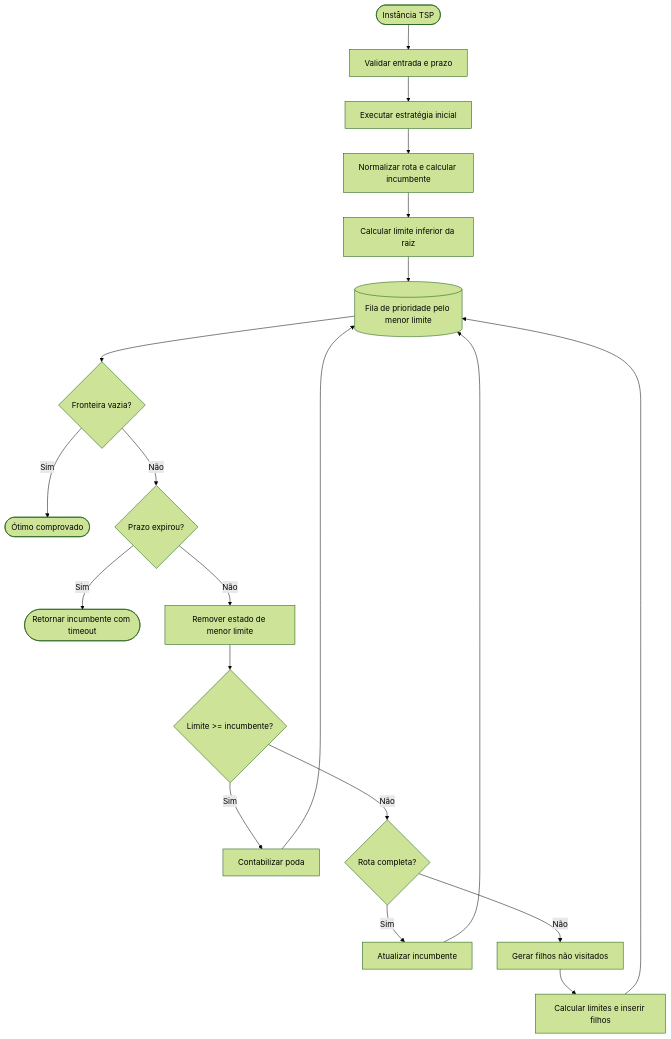
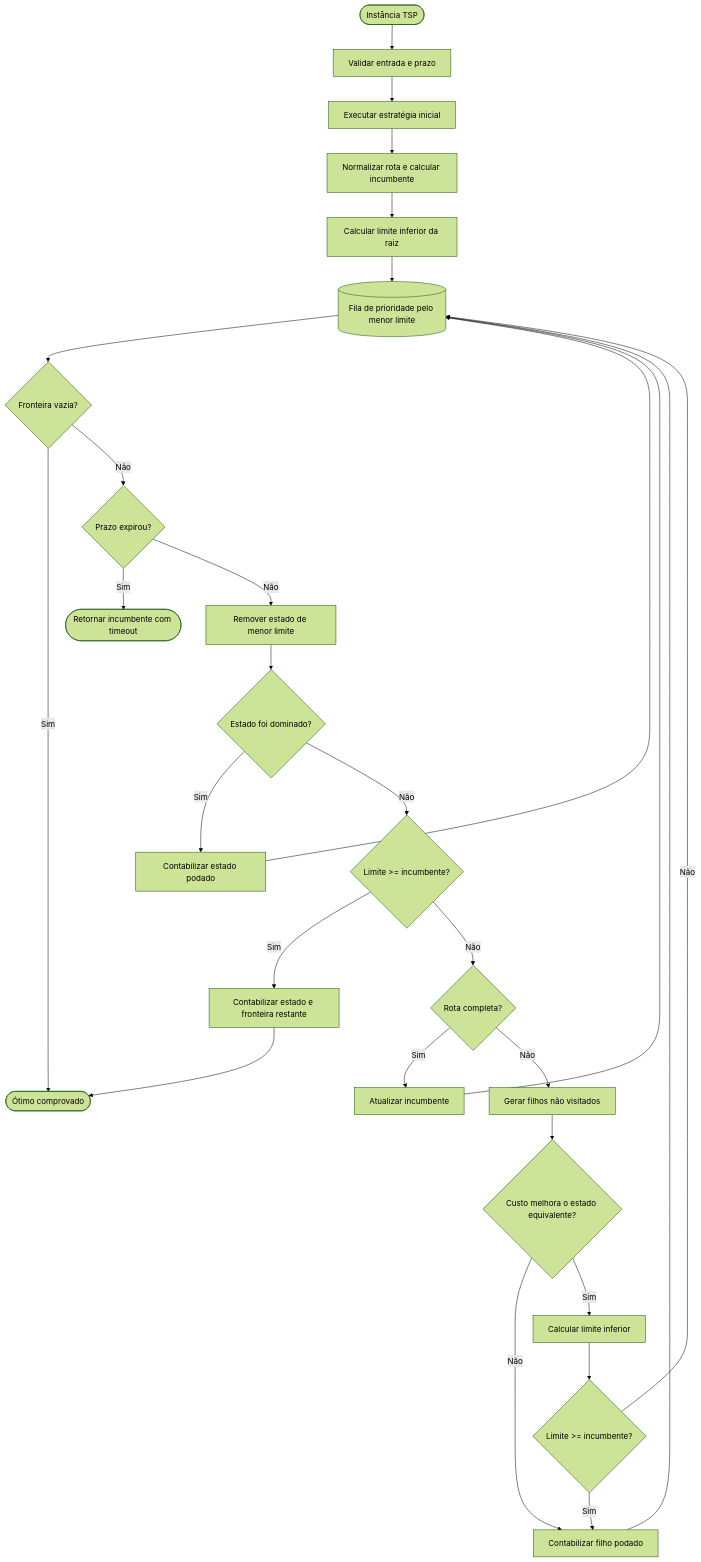
One commit to ChrystianMelo/TravelingSalesmanOptimization changed diagram 11 of 12 in docs/architecture.md. Above: the diagram before and after it, drawn with Mermaid (forest theme). The commit also changed other lines of this file and 32 other files, not shown here.

Commit message:
Expand generated architecture and strategy documentation.

````diff
--- a/docs/architecture.md
+++ b/docs/architecture.md
@@ -268,22 +355,30 @@
 ```mermaid
 flowchart TD
   start([Instância TSP]) --> validate[Validar entrada e prazo]
   validate --> warm[Executar estratégia inicial]
   warm --> incumbent[Normalizar rota e calcular incumbente]
   incumbent --> root[Calcular limite inferior da raiz]
   root --> queue[(Fila de prioridade pelo menor limite)]
   queue --> empty{Fronteira vazia?}
   empty -- Sim --> optimal([Ótimo comprovado])
   empty -- Não --> deadline{Prazo expirou?}
   deadline -- Sim --> timeout([Retornar incumbente com timeout])
   deadline -- Não --> pop[Remover estado de menor limite]
-  pop --> prune{Limite >= incumbente?}
-  prune -- Sim --> count_pruned[Contabilizar poda]
+  pop --> stale{Estado foi dominado?}
+  stale -- Sim --> count_pruned[Contabilizar estado podado]
+  stale -- Não --> prune{Limite >= incumbente?}
+  prune -- Sim --> count_frontier[Contabilizar estado e fronteira restante]
+  count_frontier --> optimal
   count_pruned --> queue
   prune -- Não --> complete{Rota completa?}
   complete -- Sim --> improve[Atualizar incumbente]
   improve --> queue
   complete -- Não --> expand[Gerar filhos não visitados]
-  expand --> bounds[Calcular limites e inserir filhos]
-  bounds --> queue
+  expand --> dominance{Custo melhora o estado equivalente?}
+  dominance -- Não --> count_child[Contabilizar filho podado]
+  dominance -- Sim --> bounds[Calcular limite inferior]
+  bounds --> child_prune{Limite >= incumbente?}
+  child_prune -- Sim --> count_child
+  count_child --> queue
+  child_prune -- Não --> queue
 ```
````
